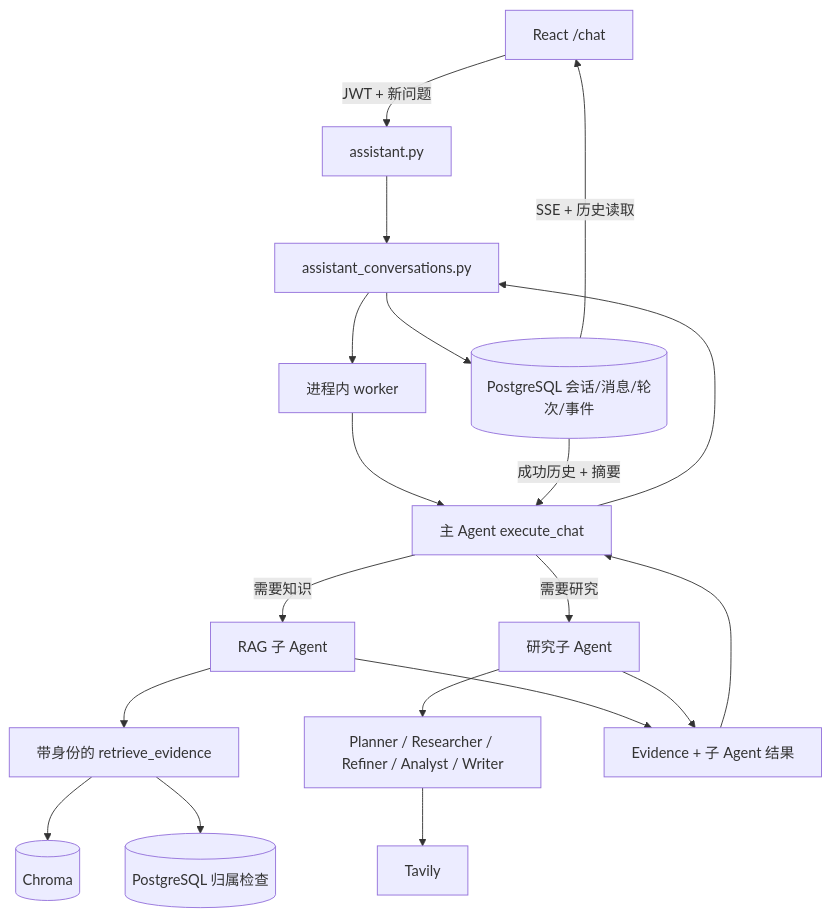
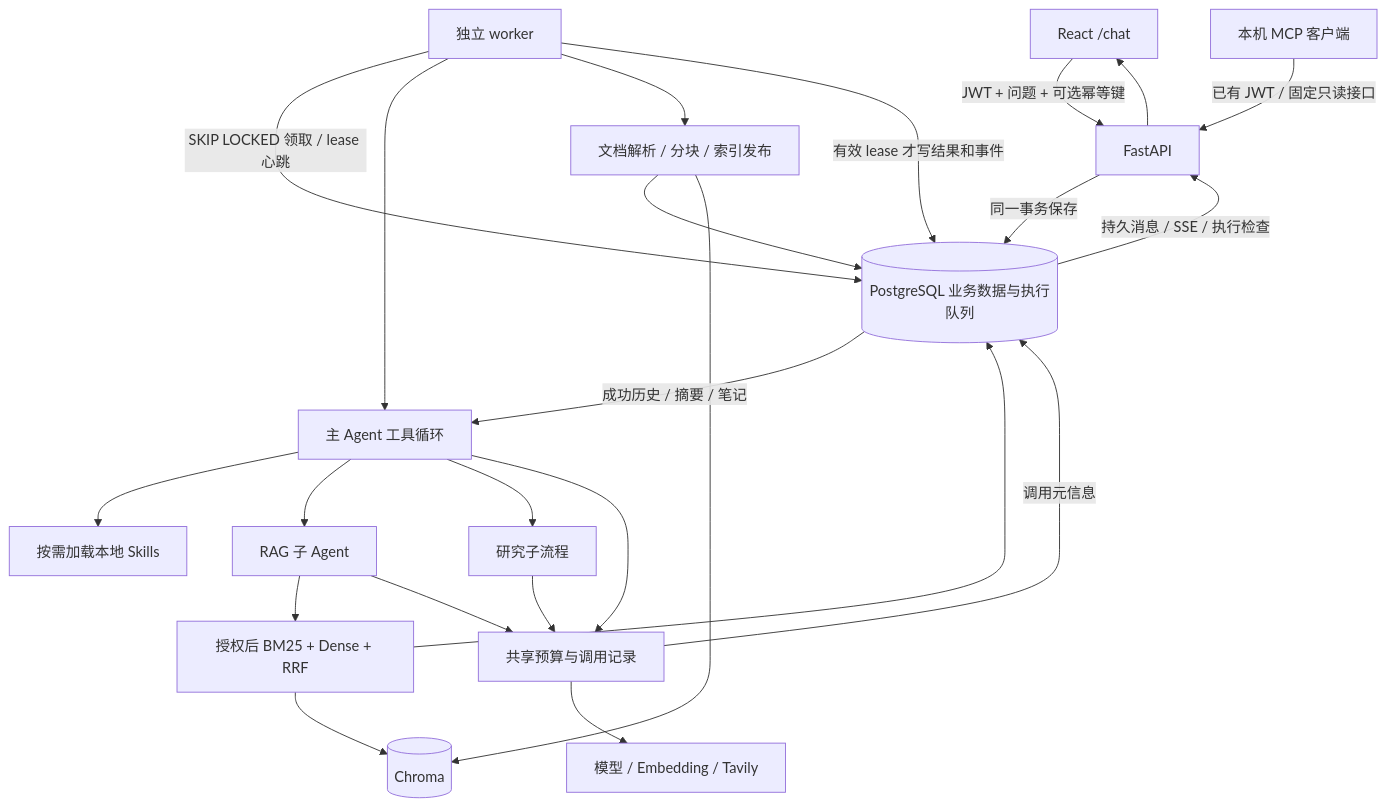
Before and after one commit to Szx-Yuji/grounded-research-agent: the diagram in docs/architecture.md, drawn with Mermaid. The commit also changed other lines of this file and 114 other files, not shown here.

Commit message:
Engineer durable agent runtime, hybrid retrieval, MCP and offline evaluations

````diff
--- a/docs/architecture.md
+++ b/docs/architecture.md
@@ -5,21 +5,26 @@
 ```mermaid
 flowchart TD
-    UI[React /chat] -->|JWT + 新问题| API[assistant.py]
-    API --> SERVICE[assistant_conversations.py]
-    SERVICE --> PG[(PostgreSQL 会话/消息/轮次/事件)]
-    SERVICE --> WORKER[进程内 worker]
-    WORKER --> MAIN[主 Agent execute_chat]
-    PG -->|成功历史 + 摘要| MAIN
-    MAIN -->|需要知识| RAG[RAG 子 Agent]
-    MAIN -->|需要研究| RESEARCH[研究子 Agent]
-    RAG --> KB[带身份的 retrieve_evidence]
-    KB --> CH[(Chroma)]
-    KB --> AUTH[(PostgreSQL 归属检查)]
-    RESEARCH --> GRAPH[Planner / Researcher / Refiner / Analyst / Writer]
-    GRAPH --> WEB[Tavily]
-    RAG --> E[Evidence + 子 Agent 结果]
-    RESEARCH --> E
-    E --> MAIN
-    MAIN --> SERVICE
-    PG -->|SSE + 历史读取| UI
+    UI[React /chat] -->|JWT + 问题 + 可选幂等键| API[FastAPI]
+    API -->|同一事务保存| PG[(PostgreSQL 业务数据与执行队列)]
+    WORKER[独立 worker] -->|SKIP LOCKED 领取 / lease 心跳| PG
+    WORKER --> MAIN[主 Agent 工具循环]
+    WORKER --> INDEX[文档解析 / 分块 / 索引发布]
+    INDEX --> PG
+    INDEX --> CH
+    PG -->|成功历史 / 摘要 / 笔记| MAIN
+    MAIN --> SKILL[按需加载本地 Skills]
+    MAIN --> RAG[RAG 子 Agent]
+    MAIN --> RESEARCH[研究子流程]
+    RAG --> RET[授权后 BM25 + Dense + RRF]
+    RET --> CH[(Chroma)]
+    RET --> PG
+    MAIN --> GATE[共享预算与调用记录]
+    RAG --> GATE
+    RESEARCH --> GATE
+    GATE --> PROVIDER[模型 / Embedding / Tavily]
+    GATE -->|调用元信息| PG
+    WORKER -->|有效 lease 才写结果和事件| PG
+    PG -->|持久消息 / SSE / 执行检查| API
+    API --> UI
+    MCP[本机 MCP 客户端] -->|已有 JWT / 固定只读接口| API
 ```
````
